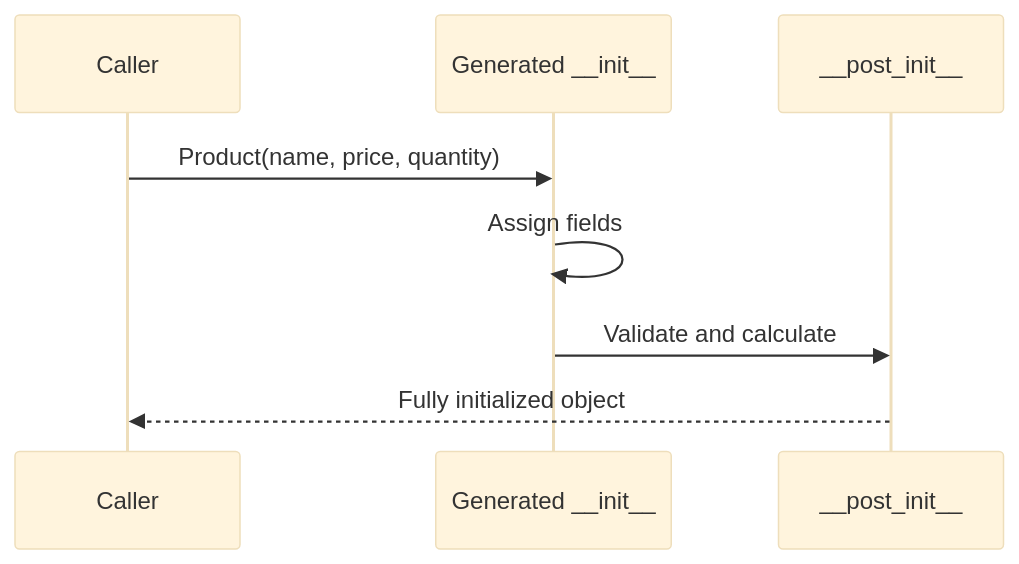
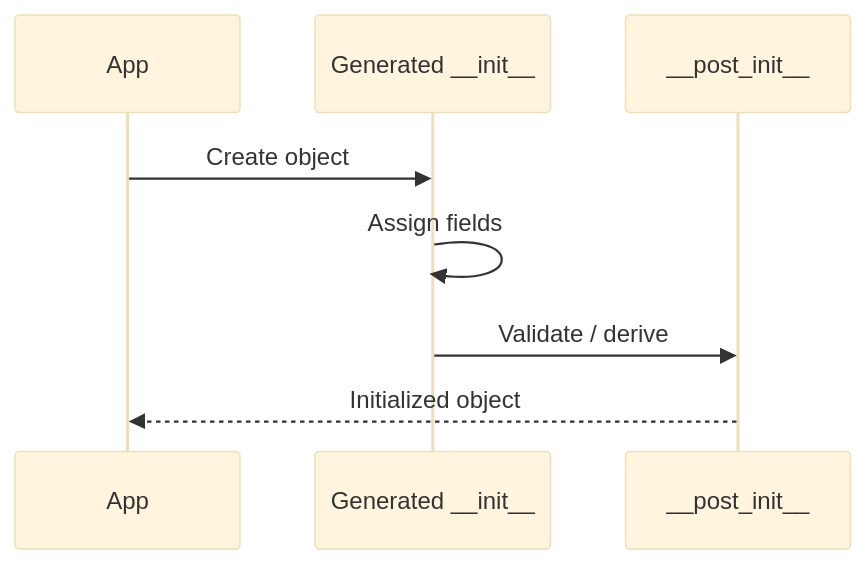
The second of 5 diagrams in src/content/python/dataclass-abc.md (AvadhBhalodiya/Interview-Preparation), drawn with Mermaid (base theme) before and after one commit. The commit also changed other lines of this file and 80 other files, not shown here.

````diff
--- a/src/content/python/dataclass-abc.md
+++ b/src/content/python/dataclass-abc.md
@@ -216,11 +193,11 @@
 ```mermaid
 sequenceDiagram
-    participant Caller
+    participant App
     participant Init as Generated __init__
     participant Post as __post_init__
 
-    Caller->>Init: Product(name, price, quantity)
+    App->>Init: Create object
     Init->>Init: Assign fields
-    Init->>Post: Validate and calculate
-    Post-->>Caller: Fully initialized object
+    Init->>Post: Validate / derive
+    Post-->>App: Initialized object
 ```
````
